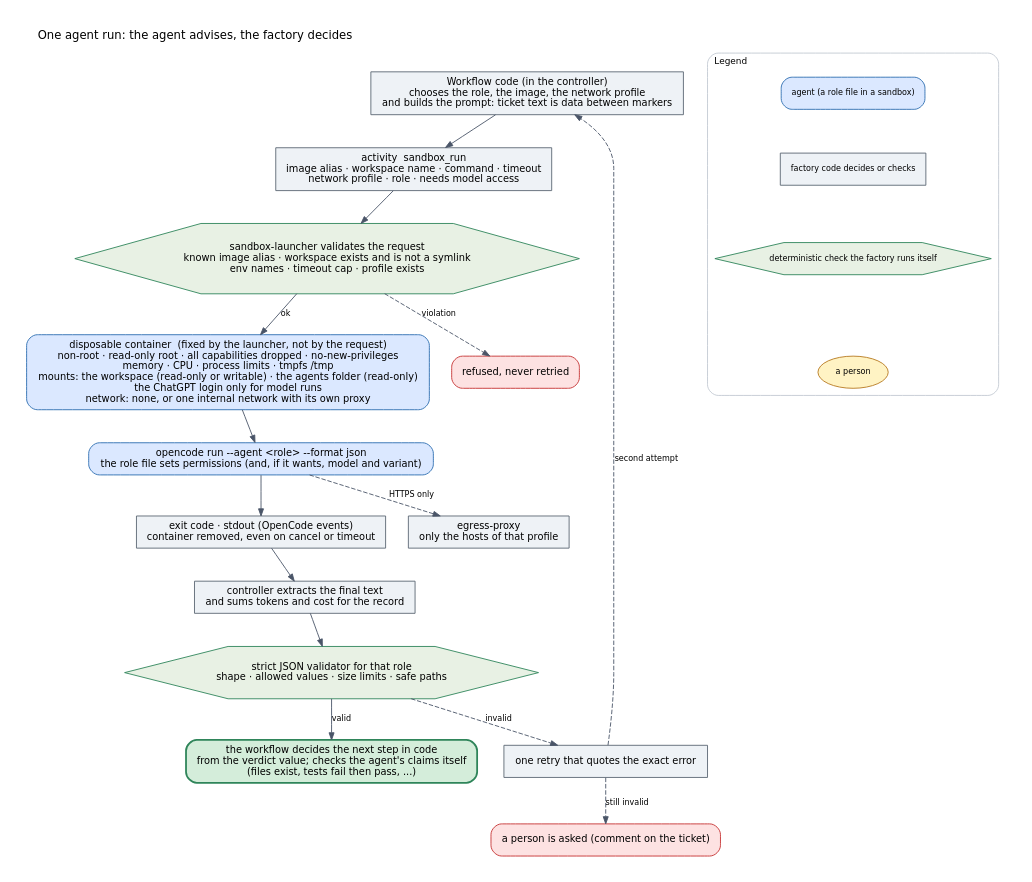
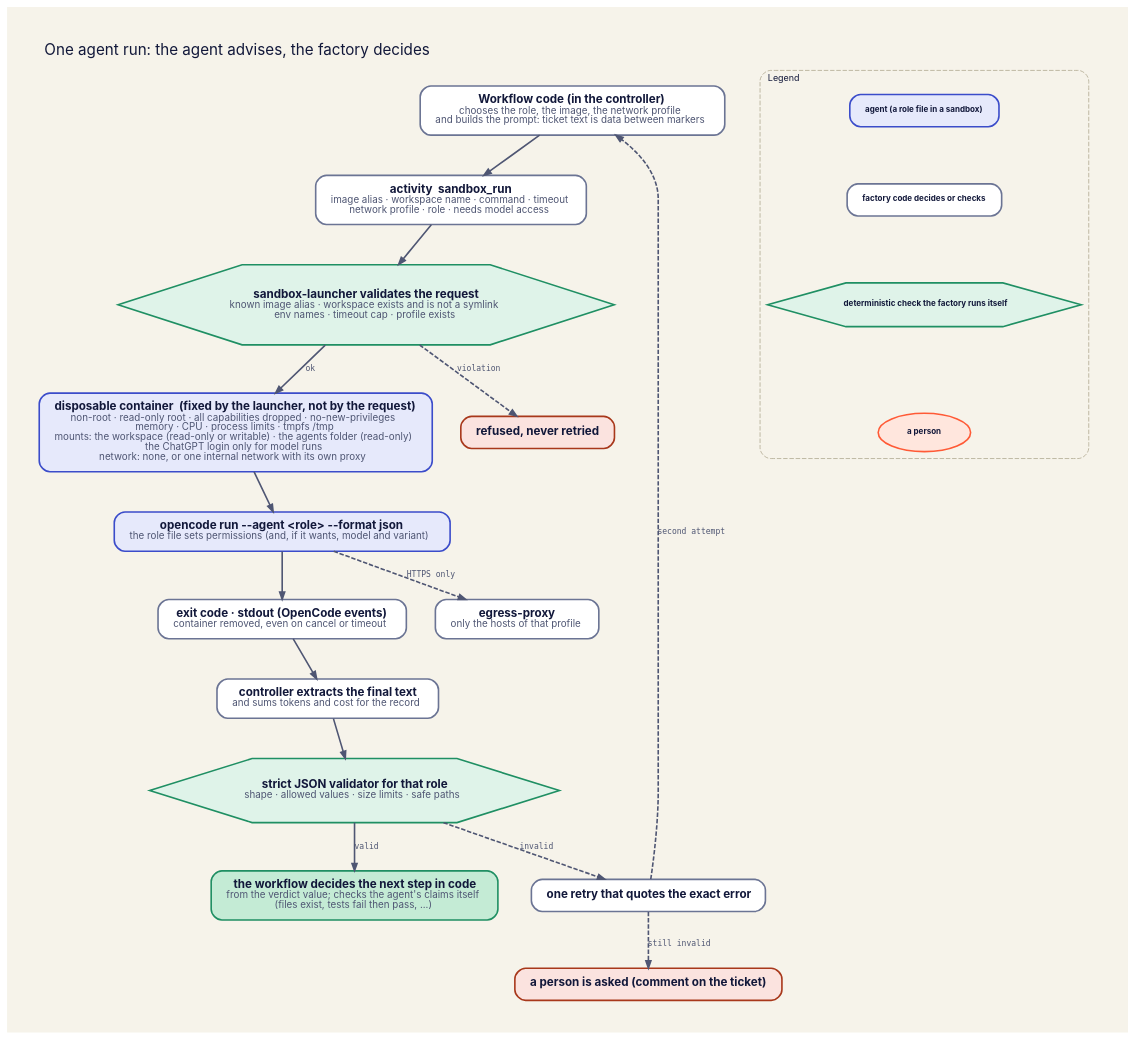
Before and after one commit to ai-sdlc-factory/ai-sdlc-factory: the diagram in docs/diagrams/agent-run.dot, drawn with Graphviz. The commit also changed 24 other files, not shown here.

First line of the commit message:
Restyle docs diagrams to match the website

```diff
--- a/docs/diagrams/agent-run.dot
+++ b/docs/diagrams/agent-run.dot
@@ -1,38 +1,38 @@
 digraph agent_run {
-  graph [rankdir=TB, fontname="DejaVu Sans", fontsize=13, bgcolor=white, pad=0.3, nodesep=0.35, ranksep=0.5, labelloc=t, labeljust=l, compound=true];
-  node  [fontname="DejaVu Sans", fontsize=11, shape=box, style="rounded,filled", margin="0.15,0.08", fillcolor="#eef2f6", color="#5b6773"];
-  edge  [fontname="DejaVu Sans", fontsize=9, color="#4a5568", arrowsize=0.8];
+  graph [rankdir=TB, fontname="Inter",  bgcolor="#f6f3ea", pad=0.5, nodesep=0.45, ranksep=0.60, fontcolor="#12183a", fontsize=17, labelloc=t, labeljust=l, compound=true];
+  node  [fontname="Inter", fontsize=13, fontcolor="#12183a", penwidth=1.8, shape=box, style="rounded,filled", margin="0.24,0.14", fillcolor="#ffffff", color="#6b7494"];
+  edge  [fontname="DejaVu Sans Mono", fontsize=9, fontcolor="#4f5673", penwidth=1.8, arrowhead=normal, color="#4f5673", arrowsize=0.8];
   label="One agent run: the agent advises, the factory decides";
 
-  wf   [label="Workflow code (in the controller)\nchooses the role, the image, the network profile\nand builds the prompt: ticket text is data between markers", shape=box, style="filled", fillcolor="#eef2f6", color="#5b6773"];
-  act  [label="activity  sandbox_run\nimage alias · workspace name · command · timeout\nnetwork profile · role · needs model access", shape=box, style="filled", fillcolor="#eef2f6", color="#5b6773"];
-  pol  [label="sandbox-launcher validates the request\nknown image alias · workspace exists and is not a symlink\nenv names · timeout cap · profile exists", shape=hexagon, style="filled", fillcolor="#e8f1e4", color="#2f855a"];
-  rej  [label="refused, never retried", shape=box, style="rounded,filled", fillcolor="#fde2e2", color="#c53030"];
-  box  [label="disposable container  (fixed by the launcher, not by the request)\nnon-root · read-only root · all capabilities dropped · no-new-privileges\nmemory · CPU · process limits · tmpfs /tmp\nmounts: the workspace (read-only or writable) · the agents folder (read-only)\nthe ChatGPT login only for model runs\nnetwork: none, or one internal network with its own proxy", shape=box, style="rounded,filled", fillcolor="#dbe8ff", color="#2b6cb0"];
-  run  [label="opencode run --agent <role> --format json\nthe role file sets permissions (and, if it wants, model and variant)", shape=box, style="rounded,filled", fillcolor="#dbe8ff", color="#2b6cb0"];
-  proxy[label="egress-proxy\nonly the hosts of that profile", shape=box, style="filled", fillcolor="#eef2f6", color="#5b6773"];
-  out  [label="exit code · stdout (OpenCode events)\ncontainer removed, even on cancel or timeout", shape=box, style="filled", fillcolor="#eef2f6", color="#5b6773"];
-  pars [label="controller extracts the final text\nand sums tokens and cost for the record", shape=box, style="filled", fillcolor="#eef2f6", color="#5b6773"];
-  val  [label="strict JSON validator for that role\nshape · allowed values · size limits · safe paths", shape=hexagon, style="filled", fillcolor="#e8f1e4", color="#2f855a"];
-  retry[label="one retry that quotes the exact error", shape=box, style="filled", fillcolor="#eef2f6", color="#5b6773"];
-  stop [label="a person is asked (comment on the ticket)", shape=box, style="rounded,filled", fillcolor="#fde2e2", color="#c53030"];
-  next [label="the workflow decides the next step in code\nfrom the verdict value; checks the agent's claims itself\n(files exist, tests fail then pass, ...)", shape=box, style="rounded,filled,bold", fillcolor="#d4edda", color="#2f855a"];
+  wf   [label=<<B>Workflow code (in the controller)</B><BR/><FONT COLOR="#4f5673" POINT-SIZE="11">chooses the role, the image, the network profile</FONT><BR/><FONT COLOR="#4f5673" POINT-SIZE="11">and builds the prompt: ticket text is data between markers</FONT>>, shape=box, style="rounded,filled", fillcolor="#ffffff", color="#6b7494"];
+  act  [label=<<B>activity  sandbox_run</B><BR/><FONT COLOR="#4f5673" POINT-SIZE="11">image alias · workspace name · command · timeout</FONT><BR/><FONT COLOR="#4f5673" POINT-SIZE="11">network profile · role · needs model access</FONT>>, shape=box, style="rounded,filled", fillcolor="#ffffff", color="#6b7494"];
+  pol  [label=<<B>sandbox-launcher validates the request</B><BR/><FONT COLOR="#4f5673" POINT-SIZE="11">known image alias · workspace exists and is not a symlink</FONT><BR/><FONT COLOR="#4f5673" POINT-SIZE="11">env names · timeout cap · profile exists</FONT>>, shape=hexagon, style="filled", fillcolor="#dff3e9", color="#1f8f63"];
+  rej  [label=<<B>refused, never retried</B>>, shape=box, style="rounded,filled", fillcolor="#fbe3df", color="#a8381b"];
+  box  [label=<<B>disposable container  (fixed by the launcher, not by the request)</B><BR/><FONT COLOR="#4f5673" POINT-SIZE="11">non-root · read-only root · all capabilities dropped · no-new-privileges</FONT><BR/><FONT COLOR="#4f5673" POINT-SIZE="11">memory · CPU · process limits · tmpfs /tmp</FONT><BR/><FONT COLOR="#4f5673" POINT-SIZE="11">mounts: the workspace (read-only or writable) · the agents folder (read-only)</FONT><BR/><FONT COLOR="#4f5673" POINT-SIZE="11">the ChatGPT login only for model runs</FONT><BR/><FONT COLOR="#4f5673" POINT-SIZE="11">network: none, or one internal network with its own proxy</FONT>>, shape=box, style="rounded,filled", fillcolor="#e6e9fb", color="#3b4cca"];
+  run  [label=<<B>opencode run --agent &lt;role&gt; --format json</B><BR/><FONT COLOR="#4f5673" POINT-SIZE="11">the role file sets permissions (and, if it wants, model and variant)</FONT>>, shape=box, style="rounded,filled", fillcolor="#e6e9fb", color="#3b4cca"];
+  proxy[label=<<B>egress-proxy</B><BR/><FONT COLOR="#4f5673" POINT-SIZE="11">only the hosts of that profile</FONT>>, shape=box, style="rounded,filled", fillcolor="#ffffff", color="#6b7494"];
+  out  [label=<<B>exit code · stdout (OpenCode events)</B><BR/><FONT COLOR="#4f5673" POINT-SIZE="11">container removed, even on cancel or timeout</FONT>>, shape=box, style="rounded,filled", fillcolor="#ffffff", color="#6b7494"];
+  pars [label=<<B>controller extracts the final text</B><BR/><FONT COLOR="#4f5673" POINT-SIZE="11">and sums tokens and cost for the record</FONT>>, shape=box, style="rounded,filled", fillcolor="#ffffff", color="#6b7494"];
+  val  [label=<<B>strict JSON validator for that role</B><BR/><FONT COLOR="#4f5673" POINT-SIZE="11">shape · allowed values · size limits · safe paths</FONT>>, shape=hexagon, style="filled", fillcolor="#dff3e9", color="#1f8f63"];
+  retry[label=<<B>one retry that quotes the exact error</B>>, shape=box, style="rounded,filled", fillcolor="#ffffff", color="#6b7494"];
+  stop [label=<<B>a person is asked (comment on the ticket)</B>>, shape=box, style="rounded,filled", fillcolor="#fbe3df", color="#a8381b"];
+  next [label=<<B>the workflow decides the next step in code</B><BR/><FONT COLOR="#4f5673" POINT-SIZE="11">from the verdict value; checks the agent's claims itself</FONT><BR/><FONT COLOR="#4f5673" POINT-SIZE="11">(files exist, tests fail then pass, ...)</FONT>>, shape=box, style="rounded,filled,bold", fillcolor="#c4ebd5", color="#1f8f63"];
 
   wf -> act -> pol;
   pol -> rej [style=dashed, label="violation"];
   pol -> box [label="ok"];
   box -> run; run -> proxy [style=dashed, label="HTTPS only"];
   run -> out -> pars -> val;
   val -> next [label="valid"];
   val -> retry [label="invalid", style=dashed]; retry -> wf [label="second attempt", style=dashed];
   retry -> stop [label="still invalid", style=dashed];
 
   subgraph cluster_legend {
-    label="Legend"; style="rounded"; color="#c3cad2"; fontsize=10; rank=sink;
-    agl1 [label="agent (a role file in a sandbox)", shape=box, style="rounded,filled", fillcolor="#dbe8ff", color="#2b6cb0", fontsize=9];
-    agl2 [label="factory code decides or checks", shape=box, style="filled", fillcolor="#eef2f6", color="#5b6773", fontsize=9];
-    agl3 [label="deterministic check the factory runs itself", shape=hexagon, style="filled", fillcolor="#e8f1e4", color="#2f855a", fontsize=9];
-    agl4 [label="a person", shape=ellipse, style="filled", fillcolor="#fff3c4", color="#b7791f", fontsize=9];
+    label="Legend"; style="rounded,dashed"; color="#b9b29c"; fontsize=10; rank=sink;
+    agl1 [label=<<B>agent (a role file in a sandbox)</B>>, shape=box, style="rounded,filled", fillcolor="#e6e9fb", color="#3b4cca", fontsize=9];
+    agl2 [label=<<B>factory code decides or checks</B>>, shape=box, style="rounded,filled", fillcolor="#ffffff", color="#6b7494", fontsize=9];
+    agl3 [label=<<B>deterministic check the factory runs itself</B>>, shape=hexagon, style="filled", fillcolor="#dff3e9", color="#1f8f63", fontsize=9];
+    agl4 [label=<<B>a person</B>>, shape=ellipse, style="filled", fillcolor="#ffe6dd", color="#ff5a36", fontsize=9];
     agl1 -> agl2 -> agl3 -> agl4 [style=invis];
   }
 }
```
